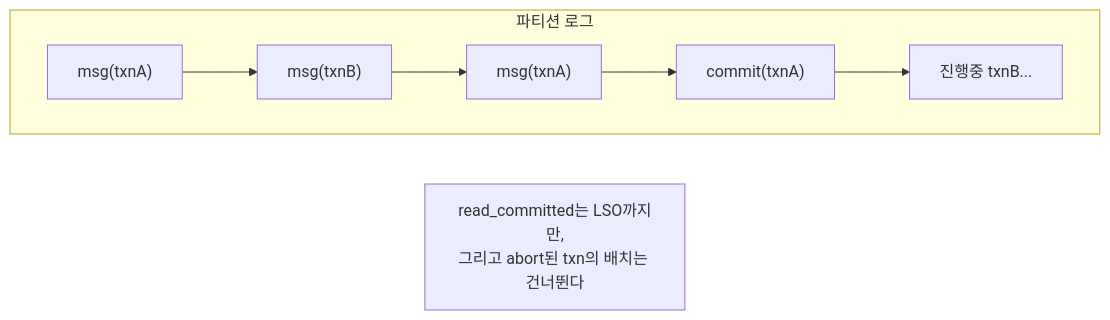
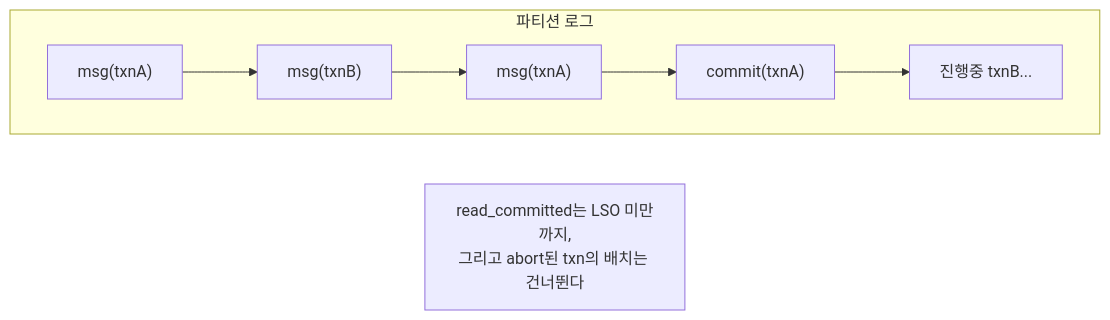
The third of 4 diagrams in docs/book/1-internals/07-transactions.md (ghtjr410/kafka-lab), drawn with Mermaid before and after one commit.

Commit message:
docs: 07 §7.5 mermaid 라벨 'LSO까지만'→'LSO 미만까지' (본문 표기와 통일)

````diff
--- a/docs/book/1-internals/07-transactions.md
+++ b/docs/book/1-internals/07-transactions.md
@@ -92,8 +92,8 @@
 ```mermaid
 graph LR
     subgraph "파티션 로그"
         direction LR
         M1["msg(txnA)"] --> M2["msg(txnB)"] --> M3["msg(txnA)"] --> CM["commit(txnA)"] --> O["진행중 txnB..."]
     end
-    LSO["read_committed는 LSO까지만,<br/>그리고 abort된 txn의 배치는 건너뛴다"]
+    LSO["read_committed는 LSO 미만까지,<br/>그리고 abort된 txn의 배치는 건너뛴다"]
 ```
````
